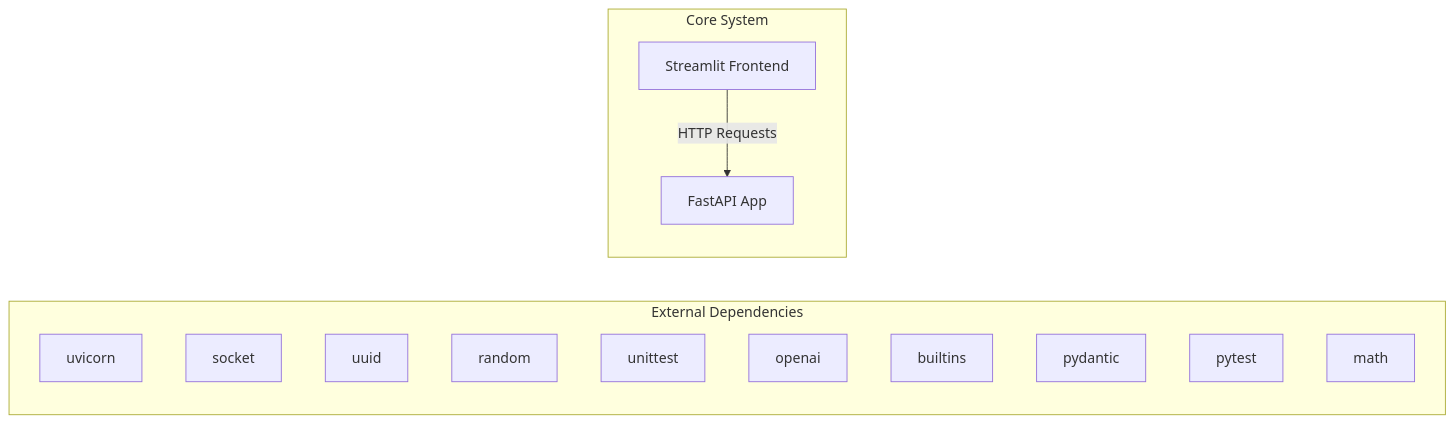
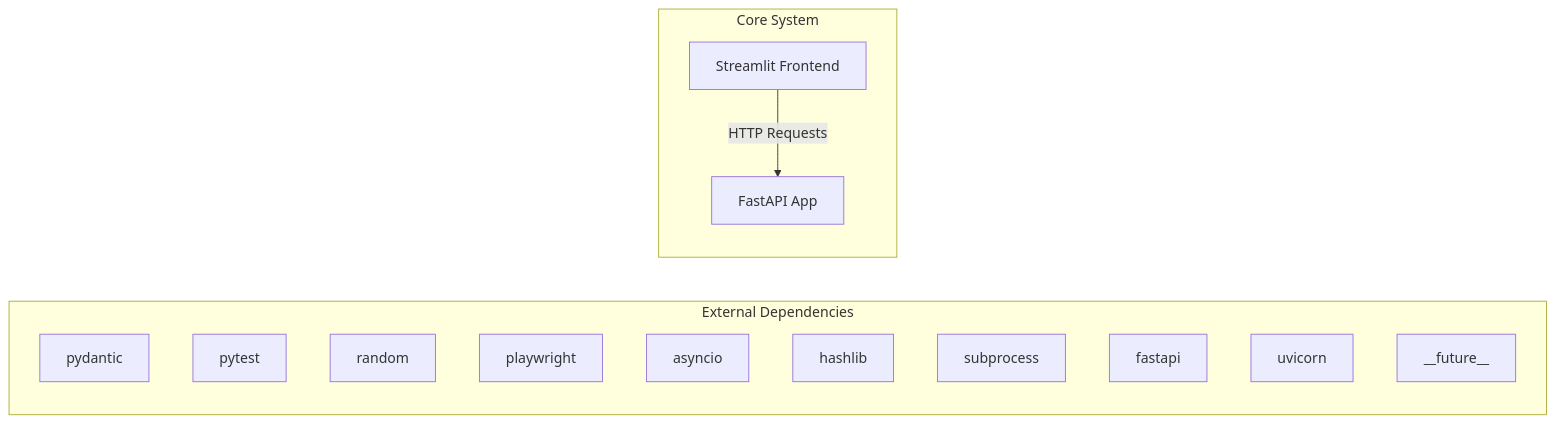
Before and after one commit to NITISH-R-G/rag-context-optimizer: the first of 2 diagrams in docs/architecture.md, drawn with Mermaid. The commit also changed 1 other file, not shown here.

Commit message:
docs: auto-update repository knowledge, architecture diagrams, and documentation

````diff
--- a/docs/architecture.md
+++ b/docs/architecture.md
@@ -7,20 +7,20 @@
 ```mermaid
 graph LR
     subgraph External Dependencies
-        E0["uvicorn"]
-        E1["socket"]
-        E2["uuid"]
-        E3["random"]
-        E4["unittest"]
-        E5["openai"]
-        E6["builtins"]
-        E7["pydantic"]
-        E8["pytest"]
-        E9["math"]
+        E0["pydantic"]
+        E1["pytest"]
+        E2["random"]
+        E3["playwright"]
+        E4["asyncio"]
+        E5["hashlib"]
+        E6["subprocess"]
+        E7["fastapi"]
+        E8["uvicorn"]
+        E9["__future__"]
     end
     subgraph Core System
         API["FastAPI App"]
         UI["Streamlit Frontend"]
     end
     UI -->|HTTP Requests| API
 ```
````
